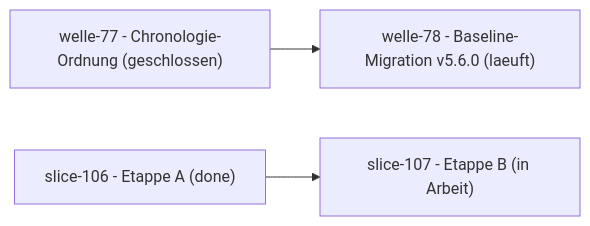
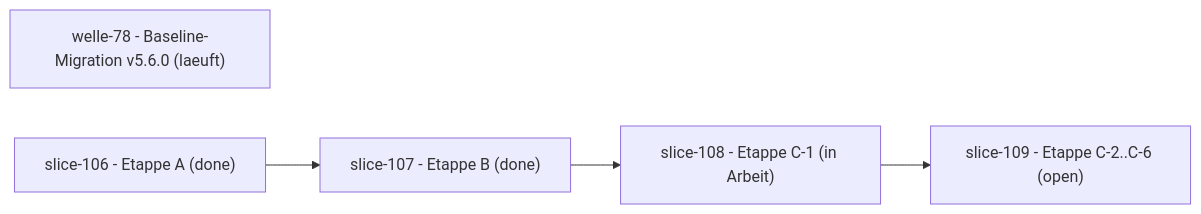
Before and after one commit to pt9912/d-check: the diagram in docs/plan/planning/in-progress/roadmap.md, drawn with Mermaid. The commit also changed other lines of this file and 7 other files, not shown here.

````diff
--- a/docs/plan/planning/in-progress/roadmap.md
+++ b/docs/plan/planning/in-progress/roadmap.md
@@ -53,9 +53,11 @@
 ```mermaid
 flowchart LR
-    W77["welle-77 - Chronologie-Ordnung (geschlossen)"]
     W78["welle-78 - Baseline-Migration v5.6.0 (laeuft)"]
     S106["slice-106 - Etappe A (done)"]
-    S107["slice-107 - Etappe B (in Arbeit)"]
-    W77 --> W78
+    S107["slice-107 - Etappe B (done)"]
+    S108["slice-108 - Etappe C-1 (in Arbeit)"]
+    S109["slice-109 - Etappe C-2..C-6 (open)"]
     S106 --> S107
+    S107 --> S108
+    S108 --> S109
 ```
````
